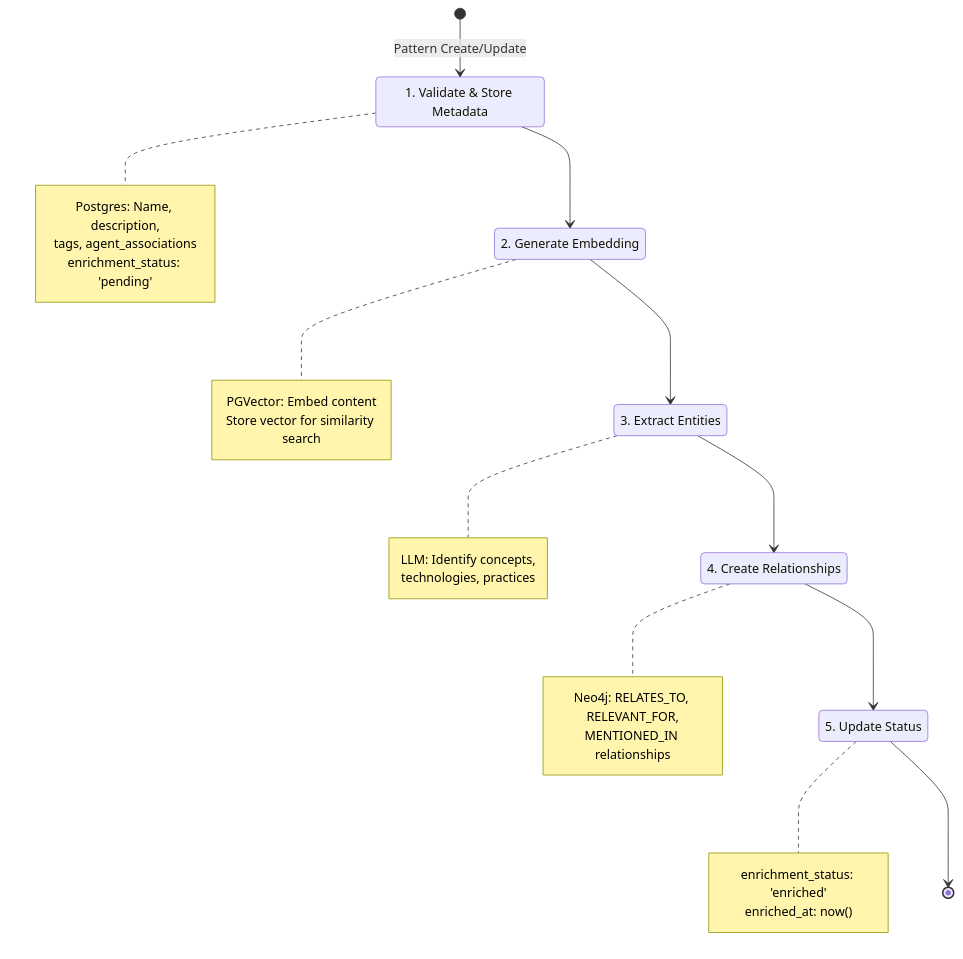
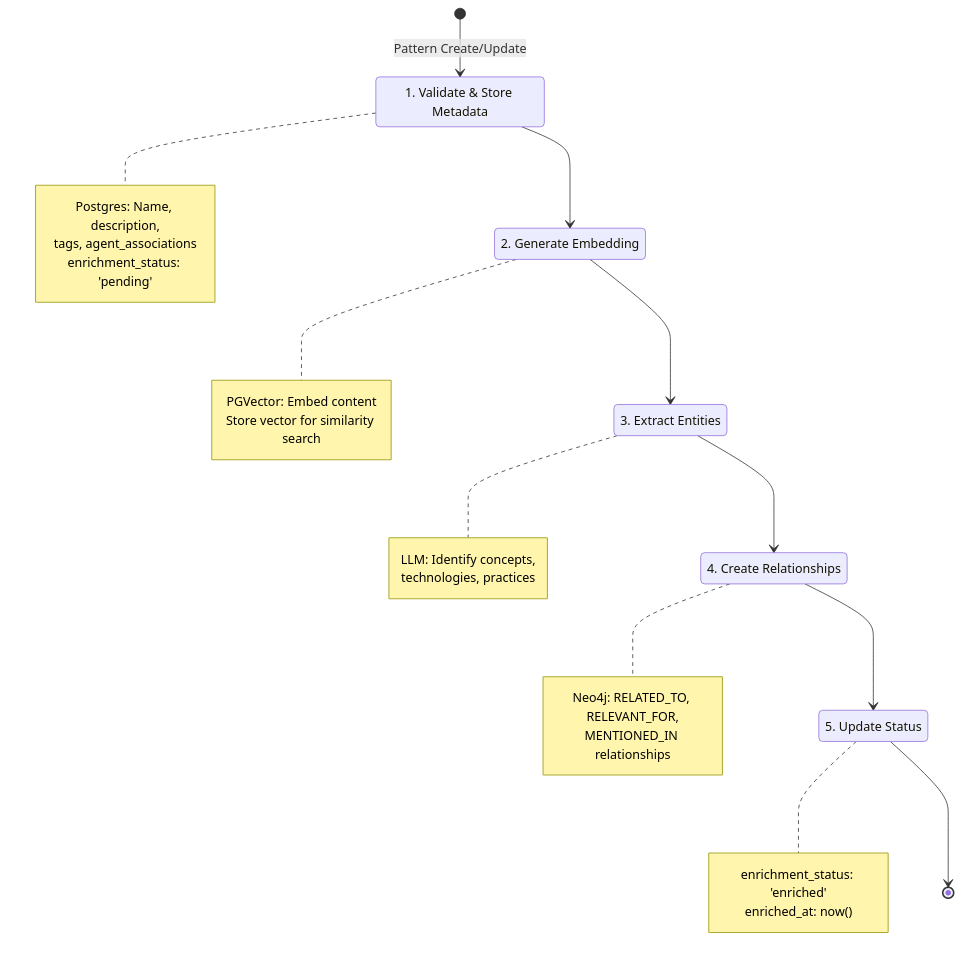
The second of 6 diagrams in docs/design/pattern-processing.md (twistingmercury/mnemonic-mcp), drawn with Mermaid before and after one commit. The commit also changed other lines of this file and 5 other files, not shown here.

Commit message:
04-data-architecture reviewed and updated

````diff
--- a/docs/design/pattern-processing.md
+++ b/docs/design/pattern-processing.md
@@ -99,45 +99,45 @@
 ```mermaid
 stateDiagram-v2
     [*] --> ValidateAndStore: Pattern Create/Update
 
     state "1. Validate & Store Metadata" as ValidateAndStore
     note right of ValidateAndStore
         Postgres: Name, description,
         tags, agent_associations
         enrichment_status: 'pending'
     end note
 
     ValidateAndStore --> GenerateEmbedding
 
     state "2. Generate Embedding" as GenerateEmbedding
     note right of GenerateEmbedding
         PGVector: Embed content
         Store vector for similarity search
     end note
 
     GenerateEmbedding --> ExtractEntities
 
     state "3. Extract Entities" as ExtractEntities
     note right of ExtractEntities
         LLM: Identify concepts,
         technologies, practices
     end note
 
     ExtractEntities --> CreateRelationships
 
     state "4. Create Relationships" as CreateRelationships
     note right of CreateRelationships
-        Neo4j: RELATES_TO, RELEVANT_FOR,
+        Neo4j: RELATED_TO, RELEVANT_FOR,
         MENTIONED_IN relationships
     end note
 
     CreateRelationships --> UpdateStatus
 
     state "5. Update Status" as UpdateStatus
     note right of UpdateStatus
         enrichment_status: 'enriched'
         enriched_at: now()
     end note
 
     UpdateStatus --> [*]
 ```
````
